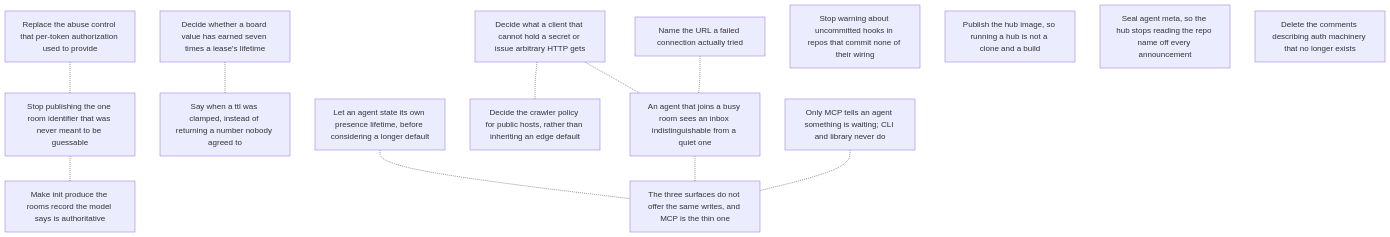
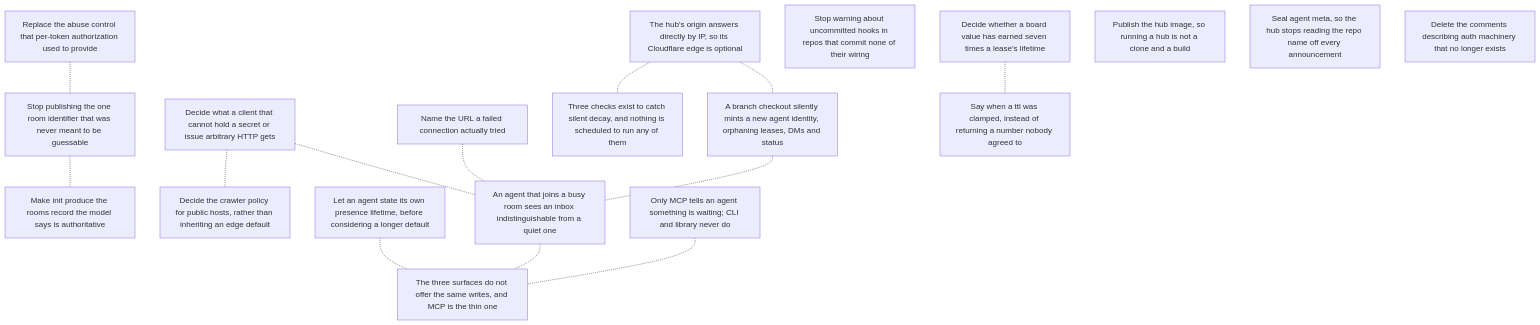
The diagram in roadmap/ROADMAP.md (gald33/switchboard), drawn with Mermaid before and after one commit. The commit also changed other lines of this file and 4 other files, not shown here.

````diff
--- a/roadmap/ROADMAP.md
+++ b/roadmap/ROADMAP.md
@@ -65,28 +74,34 @@
 ```mermaid
 graph TD
   abuse_control_after_authorization["Replace the abuse control that per-token authorization used to provide"]
   board_ttl_ceiling["Decide whether a board value has earned seven times a lease's lifetime"]
   ci_workspace_is_public["Stop publishing the one room identifier that was never meant to be guessable"]
   clients_that_cannot_post["Decide what a client that cannot hold a secret or issue arbitrary HTTP gets"]
   connect_failure_message["Name the URL a failed connection actually tried"]
   hooks_warning_false_positive["Stop warning about uncommitted hooks in repos that commit none of their wiring"]
+  hub_origin_reachable_bypassing_the_edge["The hub's origin answers directly by IP, so its Cloudflare edge is optional"]
+  identity_rebinds_on_branch_change["A branch checkout silently mints a new agent identity, orphaning leases, DMs and status"]
   init_writes_rooms_file["Make init produce the rooms record the model says is authoritative"]
   joining_agent_sees_empty_inbox["An agent that joins a busy room sees an inbox indistinguishable from a quiet one"]
   presence_ttl_is_not_one_size["Let an agent state its own presence lifetime, before considering a longer default"]
   publish_hub_container_image["Publish the hub image, so running a hub is not a clone and a build"]
   robots_policy_for_public_hosts["Decide the crawler policy for public hosts, rather than inheriting an edge default"]
   seal_agent_meta["Seal agent meta, so the hub stops reading the repo name off every announcement"]
   stale_resolver_references["Delete the comments describing auth machinery that no longer exists"]
+  standing_checks_that_nothing_runs["Three checks exist to catch silent decay, and nothing is scheduled to run any of them"]
   ttl_clamped_silently["Say when a ttl was clamped, instead of returning a number nobody agreed to"]
   unread_dms_not_shown_outside_mcp["Only MCP tells an agent something is waiting; CLI and library never do"]
   write_parity_across_surfaces["The three surfaces do not offer the same writes, and MCP is the thin one"]
   abuse_control_after_authorization -.- ci_workspace_is_public
   board_ttl_ceiling -.- ttl_clamped_silently
   ci_workspace_is_public -.- init_writes_rooms_file
   clients_that_cannot_post -.- joining_agent_sees_empty_inbox
   clients_that_cannot_post -.- robots_policy_for_public_hosts
   connect_failure_message -.- joining_agent_sees_empty_inbox
+  hub_origin_reachable_bypassing_the_edge -.- identity_rebinds_on_branch_change
+  hub_origin_reachable_bypassing_the_edge -.- standing_checks_that_nothing_runs
+  identity_rebinds_on_branch_change -.- joining_agent_sees_empty_inbox
   joining_agent_sees_empty_inbox -.- write_parity_across_surfaces
   presence_ttl_is_not_one_size -.- write_parity_across_surfaces
   unread_dms_not_shown_outside_mcp -.- write_parity_across_surfaces
 ```
````
